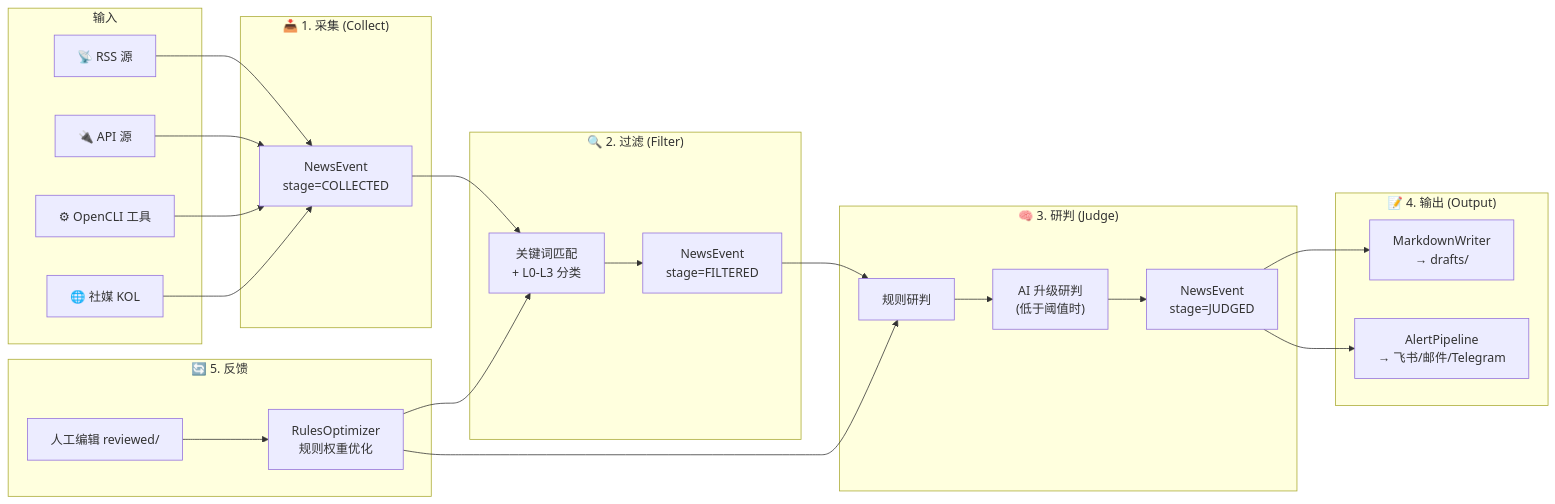
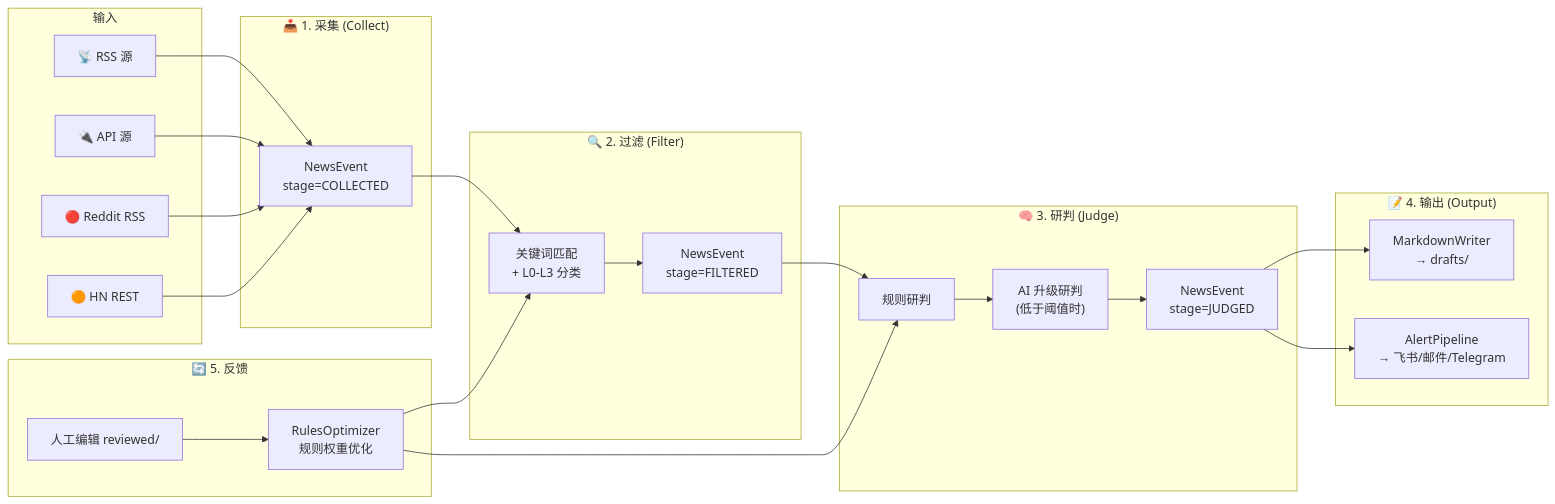
The second of 5 diagrams in AGENTS.md (XucroYuri/NewsSentry), drawn with Mermaid before and after one commit. The commit also changed other lines of this file, not shown here.

First line of the commit message:
docs: update AGENTS.md Phase status — P1-P5 completed, v2 architecture sync

````diff
--- a/AGENTS.md
+++ b/AGENTS.md
@@ -80,41 +79,41 @@
 ```mermaid
 flowchart LR
     subgraph 输入
         RSS["📡 RSS 源"]
         API["🔌 API 源"]
-        OC["⚙ OpenCLI 工具"]
-        SK["🌐 社媒 KOL"]
+        REDDIT["🔴 Reddit RSS"]
+        HN["🟠 HN REST"]
     end
 
     subgraph 采集["📥 1. 采集 (Collect)"]
         C_OUT["NewsEvent<br/>stage=COLLECTED"]
     end
 
     subgraph 过滤["🔍 2. 过滤 (Filter)"]
         F_RULES["关键词匹配<br/>+ L0-L3 分类"]
         F_OUT["NewsEvent<br/>stage=FILTERED"]
     end
 
     subgraph 研判["🧠 3. 研判 (Judge)"]
         J_RULES["规则研判"]
         J_AI["AI 升级研判<br/>(低于阈值时)"]
         J_OUT["NewsEvent<br/>stage=JUDGED"]
     end
 
     subgraph 输出["📝 4. 输出 (Output)"]
         O_MD["MarkdownWriter<br/>→ drafts/"]
         O_ALERT["AlertPipeline<br/>→ 飞书/邮件/Telegram"]
     end
 
     subgraph 反馈["🔄 5. 反馈"]
         FB_IN["人工编辑 reviewed/"]
         FB_OPT["RulesOptimizer<br/>规则权重优化"]
     end
 
-    RSS & API & OC & SK --> C_OUT
+    RSS & API & REDDIT & HN --> C_OUT
     C_OUT --> F_RULES --> F_OUT
     F_OUT --> J_RULES --> J_AI --> J_OUT
     J_OUT --> O_MD & O_ALERT
     FB_IN --> FB_OPT --> F_RULES
     FB_OPT --> J_RULES
 ```
````
